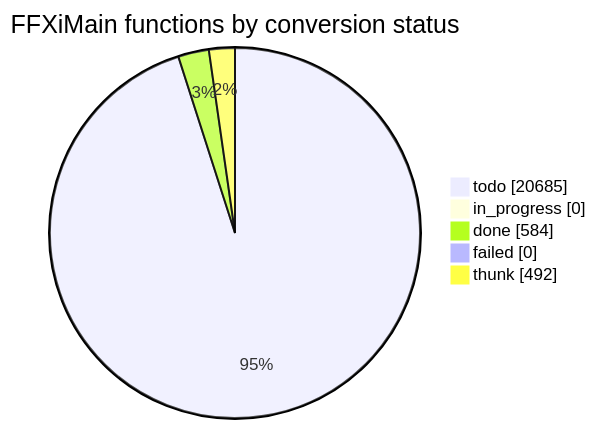
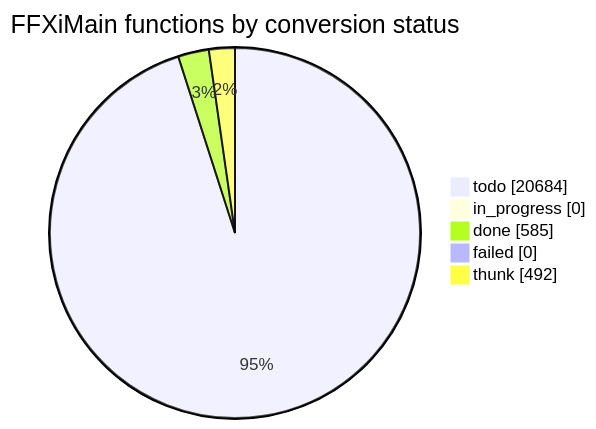
Before and after one commit to cowrevenge/cow_kuluu_xi_anything: the diagram in docs/cow/STATUS.md, drawn with Mermaid. The commit also changed other lines of this file and 9 other files, not shown here.

````diff
--- a/docs/cow/STATUS.md
+++ b/docs/cow/STATUS.md
@@ -18,9 +18,9 @@
 ```mermaid
 pie showData
     title FFXiMain functions by conversion status
-    "todo" : 20685
+    "todo" : 20684
     "in_progress" : 0
-    "done" : 584
+    "done" : 585
     "failed" : 0
     "thunk" : 492
 ```
````
